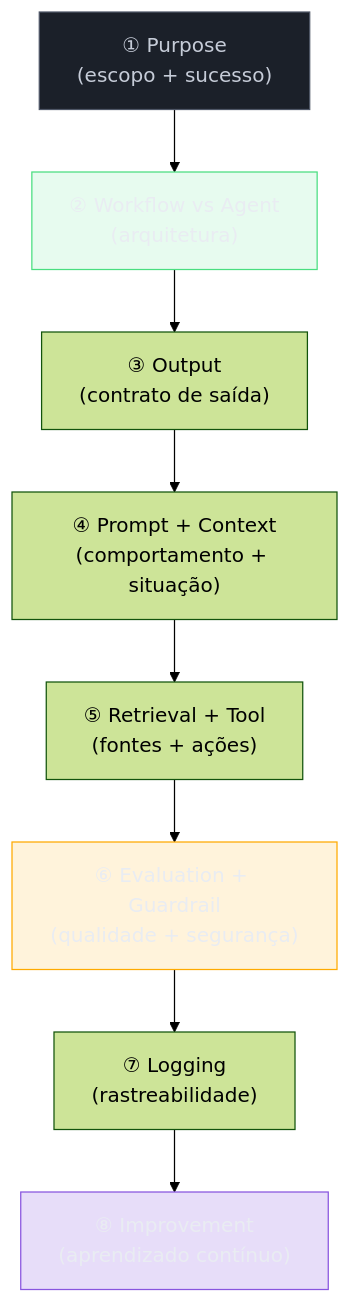
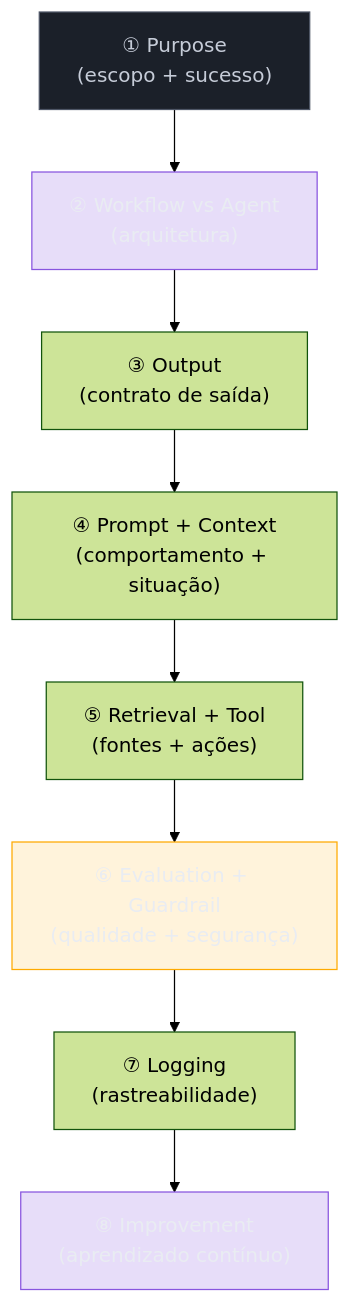
The diagram in 03-Dominios/Tecnologia/IA/AI Engineering Stack/13 - Setup completo — do zero ao sistema de produção.md (josenaldo/codex-technomanticus), drawn with Mermaid (forest theme) before and after one commit. The commit also changed 601 other files, not shown here.

````diff
--- a/03-Dominios/Tecnologia/IA/AI Engineering Stack/13 - Setup completo — do zero ao sistema de produção.md
+++ b/03-Dominios/Tecnologia/IA/AI Engineering Stack/13 - Setup completo — do zero ao sistema de produção.md
@@ -27,22 +27,21 @@
 ```mermaid
 flowchart TD
     classDef neutro fill:#1B2029,stroke:#4E5666,color:#C6CCD8
-    classDef ok fill:#4ADE8021,stroke:#4ADE80,color:#E9ECF2
     classDef destaque fill:#FFAA0024,stroke:#FFAA00,color:#E9ECF2
     classDef marca fill:#8855DF33,stroke:#8855DF,color:#E9ECF2
     P1["① Purpose\n(escopo + sucesso)"]
     P7["② Workflow vs Agent\n(arquitetura)"]
     P4["③ Output\n(contrato de saída)"]
     P2["④ Prompt + Context\n(comportamento + situação)"]
     P5["⑤ Retrieval + Tool\n(fontes + ações)"]
     P8["⑥ Evaluation + Guardrail\n(qualidade + segurança)"]
     P10["⑦ Logging\n(rastreabilidade)"]
     P11["⑧ Improvement\n(aprendizado contínuo)"]
 
     P1 --> P7 --> P4 --> P2 --> P5 --> P8 --> P10 --> P11
 
     class P1 neutro
-    class P7 ok
+    class P7 marca
     class P8 destaque
     class P11 marca
 ```
````
